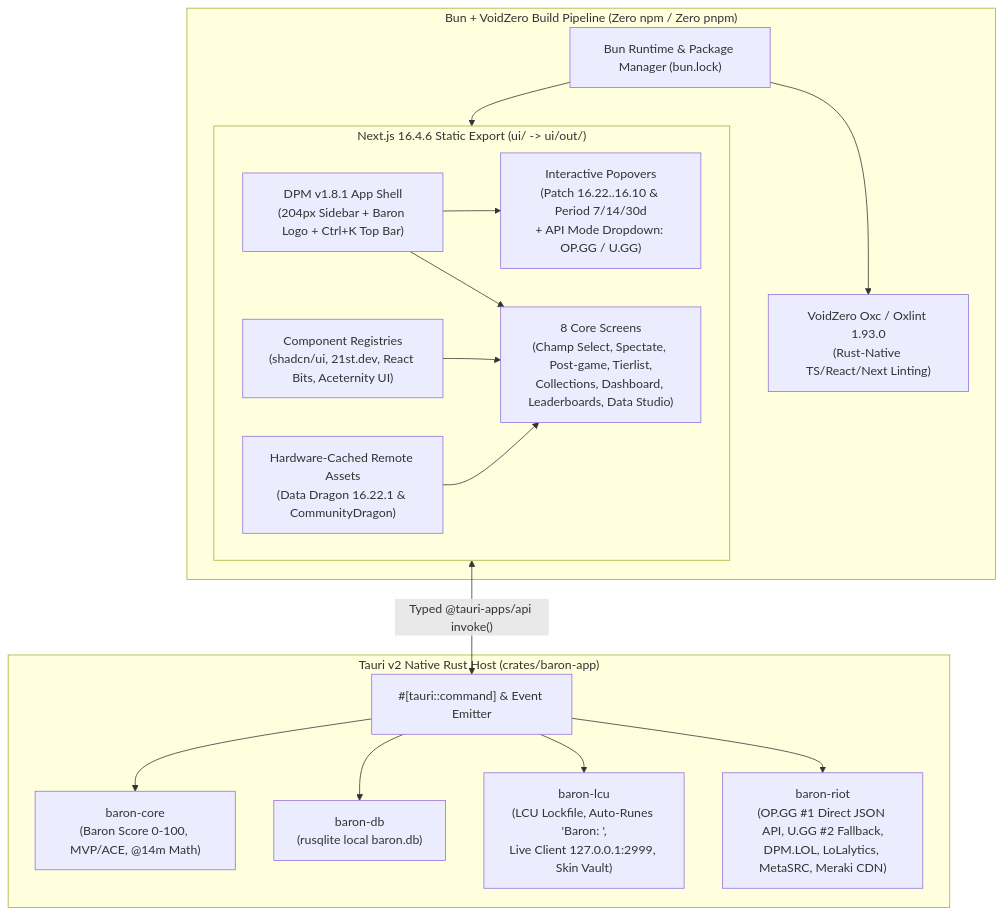
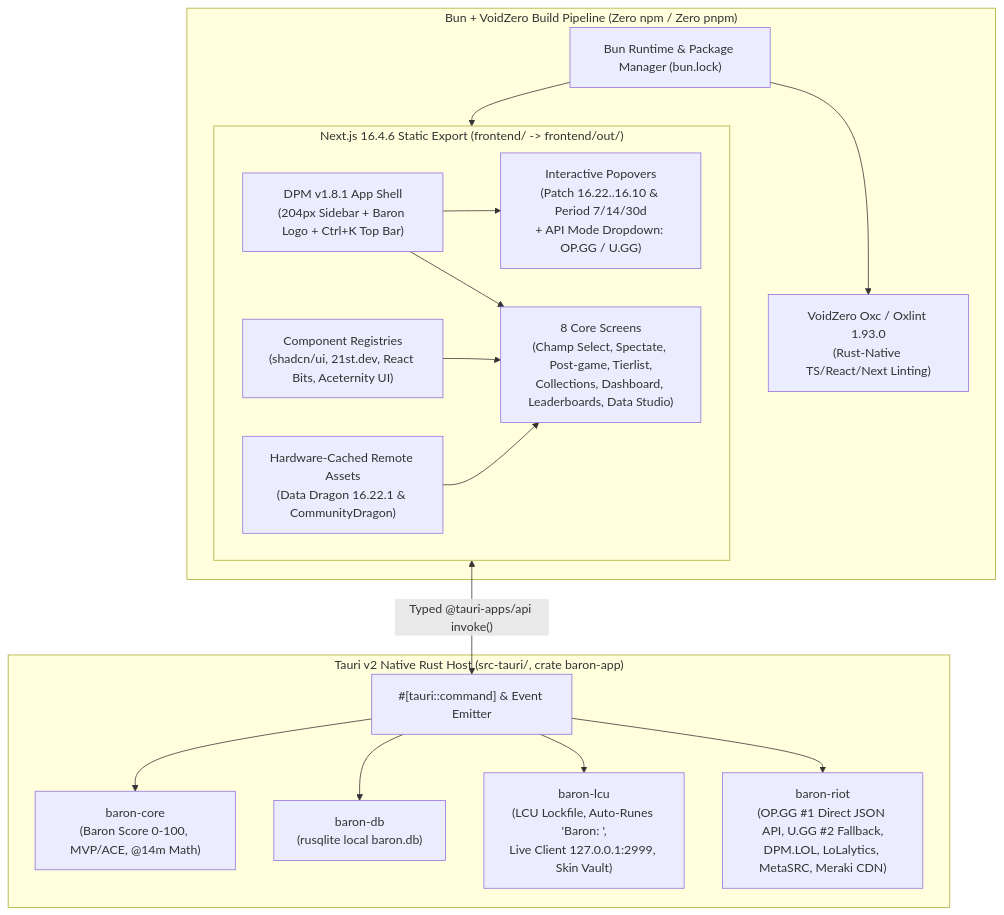
One commit to lucasram20/baron changed the diagram in docs/spec/spec.md. Above: the diagram before and after it, drawn with Mermaid. The commit also changed other lines of this file and 61 other files, not shown here.

Commit message:
feat: migrate Baron UI to Tauri v2, Next.js 16 TypeScript, Tailwind CSS 4, Bun & VoidZero oxlint

````diff
--- a/docs/spec/spec.md
+++ b/docs/spec/spec.md
@@ -23,35 +23,35 @@
 ```mermaid
 flowchart TD
-    subgraph NextUI["Next.js 16.4.6 Static Export (ui/ -> ui/out/)"]
+    subgraph NextUI["Next.js 16.4.6 Static Export (frontend/ -> frontend/out/)"]
         Shell["DPM v1.8.1 App Shell\n(204px Sidebar + Baron Logo + Ctrl+K Top Bar)"]
         Popovers["Interactive Popovers\n(Patch 16.22..16.10 & Period 7/14/30d\n+ API Mode Dropdown: OP.GG / U.GG)"]
         Screens["8 Core Screens\n(Champ Select, Spectate, Post-game, Tierlist,\nCollections, Dashboard, Leaderboards, Data Studio)"]
         UIKit["Component Registries\n(shadcn/ui, 21st.dev, React Bits, Aceternity UI)"]
         CDN["Hardware-Cached Remote Assets\n(Data Dragon 16.22.1 & CommunityDragon)"]
         Shell --> Popovers
         Shell --> Screens
         UIKit --> Screens
         CDN --> Screens
     end
 
     subgraph Tooling["Bun + VoidZero Build Pipeline (Zero npm / Zero pnpm)"]
         Bun["Bun Runtime & Package Manager (bun.lock)"]
         Oxc["VoidZero Oxc / Oxlint 1.93.0\n(Rust-Native TS/React/Next Linting)"]
         Bun --> Oxc
         Bun --> NextUI
     end
 
-    subgraph TauriCore["Tauri v2 Native Rust Host (crates/baron-app)"]
+    subgraph TauriCore["Tauri v2 Native Rust Host (src-tauri/, crate baron-app)"]
         IPC["#[tauri::command] & Event Emitter"]
         BCore["baron-core\n(Baron Score 0-100, MVP/ACE, @14m Math)"]
         BDb["baron-db\n(rusqlite local baron.db)"]
         BLcu["baron-lcu\n(LCU Lockfile, Auto-Runes 'Baron: <Champ>',\nLive Client 127.0.0.1:2999, Skin Vault)"]
         BRiot["baron-riot\n(OP.GG #1 Direct JSON API, U.GG #2 Fallback,\nDPM.LOL, LoLalytics, MetaSRC, Meraki CDN)"]
         IPC --> BCore
         IPC --> BDb
         IPC --> BLcu
         IPC --> BRiot
     end
 
     NextUI <-->|"Typed @tauri-apps/api invoke()"| IPC
 ```
````
